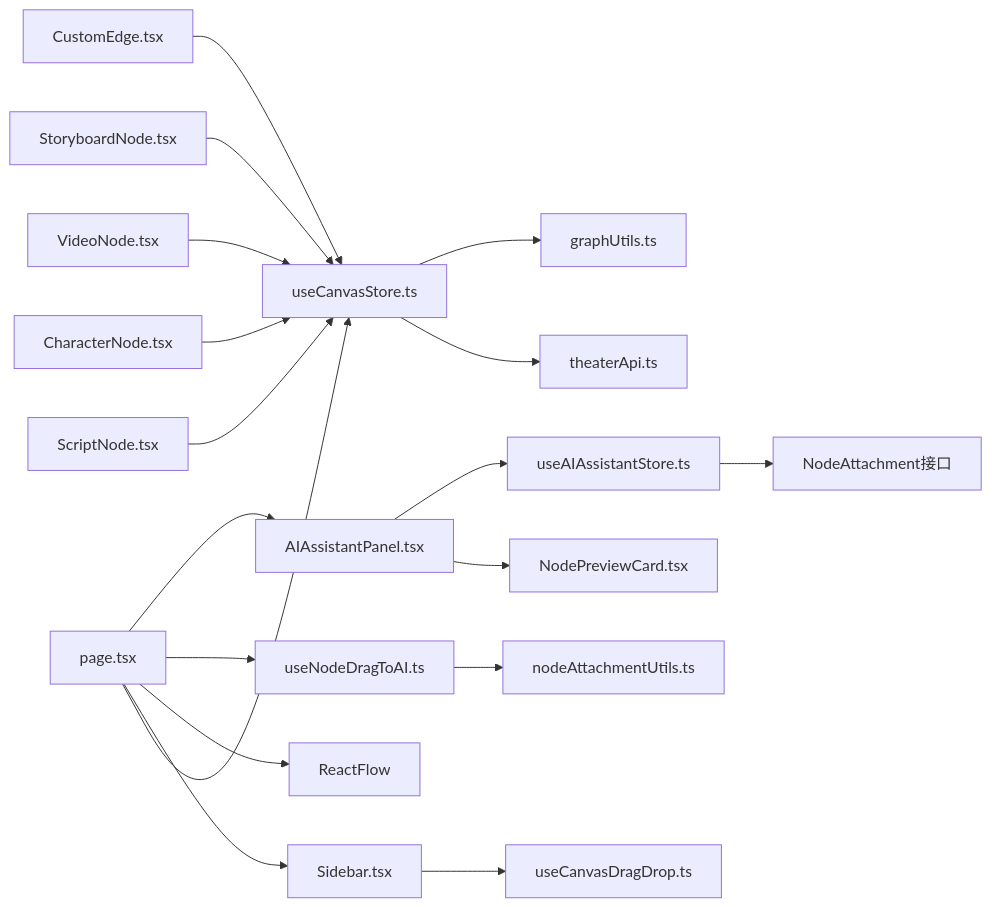
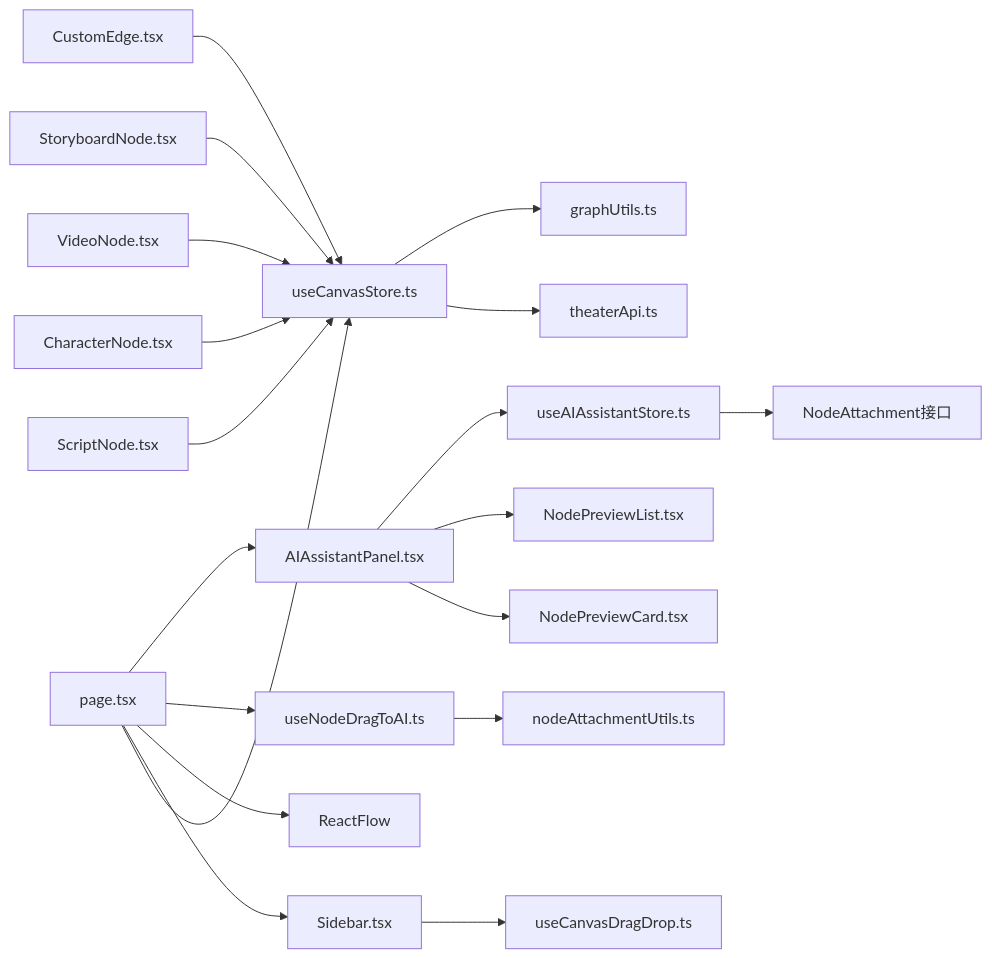
Diagram 21 of 21 in .qoder/repowiki/zh/content/Canvas Drag Drop Enhancements.md (KunLabAI/KunFlix), drawn with Mermaid before and after one commit. The commit also changed other lines of this file and 14 other files, not shown here.

First line of the commit message:
feat(ai): 支持多图片拖拽到AI面板功能

````diff
--- a/.qoder/repowiki/zh/content/Canvas Drag Drop Enhancements.md
+++ b/.qoder/repowiki/zh/content/Canvas Drag Drop Enhancements.md
@@ -604,20 +790,21 @@
 ```mermaid
 graph LR
 A[page.tsx] --> B[useCanvasStore.ts]
 A --> C[Sidebar.tsx]
 A --> D[ReactFlow]
 A --> E[useNodeDragToAI.ts]
 C --> F[useCanvasDragDrop.ts]
 B --> G[theaterApi.ts]
 B --> H[graphUtils.ts]
 I[ScriptNode.tsx] --> B
 J[CharacterNode.tsx] --> B
 K[VideoNode.tsx] --> B
 L[StoryboardNode.tsx] --> B
 M[CustomEdge.tsx] --> B
 A --> N[AIAssistantPanel.tsx]
 N --> O[NodePreviewCard.tsx]
-N --> P[useAIAssistantStore.ts]
-E --> Q[nodeAttachmentUtils.ts]
-P --> R[NodeAttachment接口]
+N --> P[NodePreviewList.tsx]
+N --> Q[useAIAssistantStore.ts]
+E --> R[nodeAttachmentUtils.ts]
+Q --> S[NodeAttachment接口]
 ```
````
